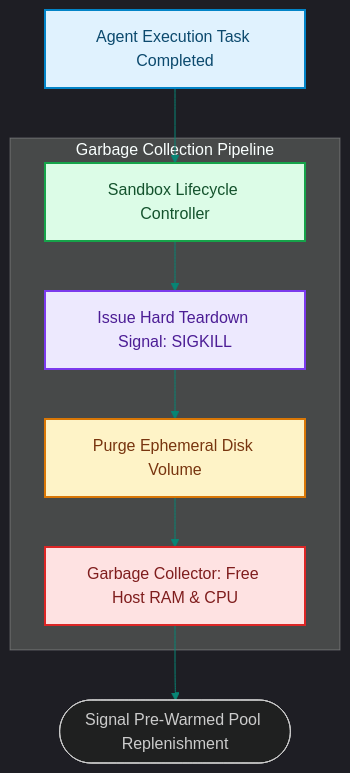
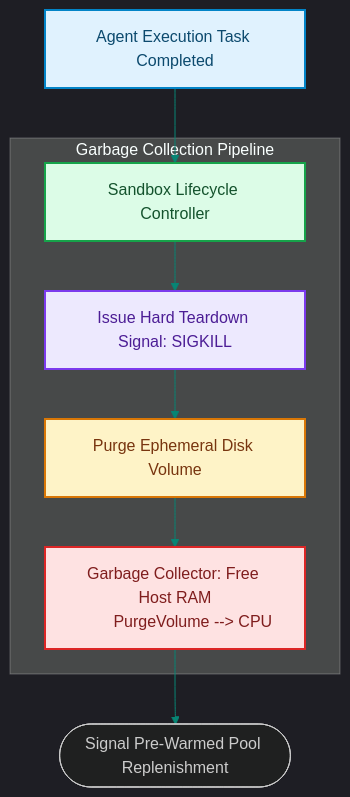
One commit to akmalkhaniub/akmalkhaniub.github.io changed the diagram in blog/posts/system-design-ephemeral-sandbox-lifecycles-garbage-collection.md. Above: the diagram before and after it, drawn with Mermaid. The commit also changed other lines of this file and 894 other files, not shown here.

Commit message:
feat(blog): upgrade all 444 posts with unique staggered dates, 2-col Mermaid spines, benchmark tables, code blocks, and trade-offs

````diff
--- a/blog/posts/system-design-ephemeral-sandbox-lifecycles-garbage-collection.md
+++ b/blog/posts/system-design-ephemeral-sandbox-lifecycles-garbage-collection.md
@@ -16,24 +16,25 @@
 ```mermaid
 %%{init: {'theme': 'dark', 'themeVariables': { 'primaryColor': '#088574', 'primaryTextColor': '#f3f4f6', 'primaryBorderColor': '#0db49b', 'lineColor': '#088574', 'secondaryColor': '#111827', 'tertiaryColor': '#0b0f19'}}}%%
 flowchart TD
     Task["Agent Execution Task Completed"] --> Lifecycle["Sandbox Lifecycle Controller"]
     
     subgraph SG1_GarbageCollectionPipeline ["Garbage Collection Pipeline"]
         Lifecycle --> Destroy["Issue Hard Teardown Signal: SIGKILL"]
         Destroy --> PurgeVolume["Purge Ephemeral Disk Volume"]
-        PurgeVolume --> GC["Garbage Collector: Free Host RAM & CPU"]
+        PurgeVolume --> GC["Garbage Collector: Free Host RAM
+        PurgeVolume --> CPU"]
     end
     
     GC --> Replenish([Signal Pre-Warmed Pool Replenishment])
 
 classDef green fill:#dcfce7,stroke:#16a34a,stroke-width:2px,color:#14532d;
 classDef red fill:#fee2e2,stroke:#dc2626,stroke-width:2px,color:#7f1d1d;
 classDef blue fill:#e0f2fe,stroke:#0284c7,stroke-width:2px,color:#0c4a6e;
 classDef yellow fill:#fef3c7,stroke:#d97706,stroke-width:2px,color:#78350f;
 classDef purple fill:#ede9fe,stroke:#7c3aed,stroke-width:2px,color:#4c1d95;
 class Task blue
 class Lifecycle green
 class Destroy purple
 class PurgeVolume yellow
 class GC red
 ```
````
